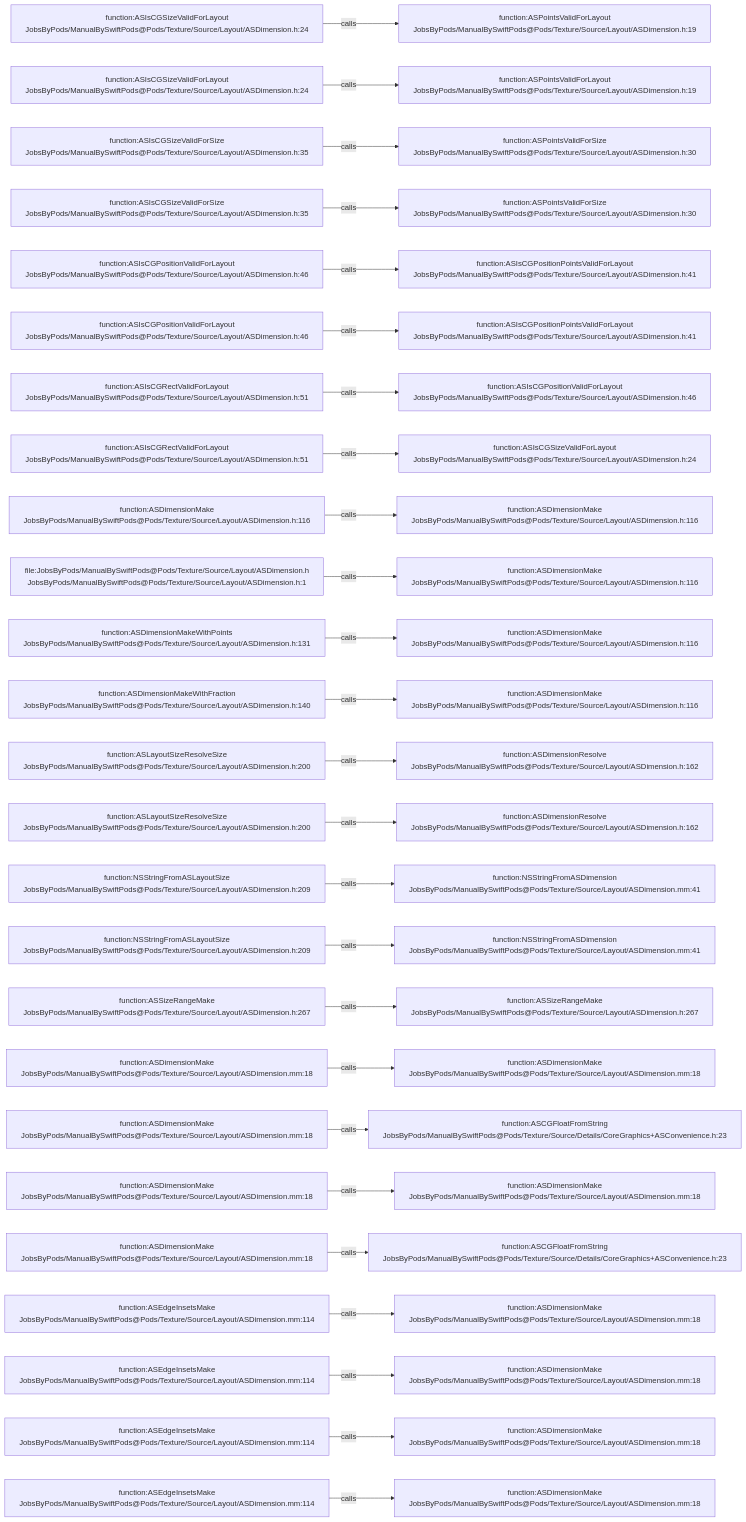
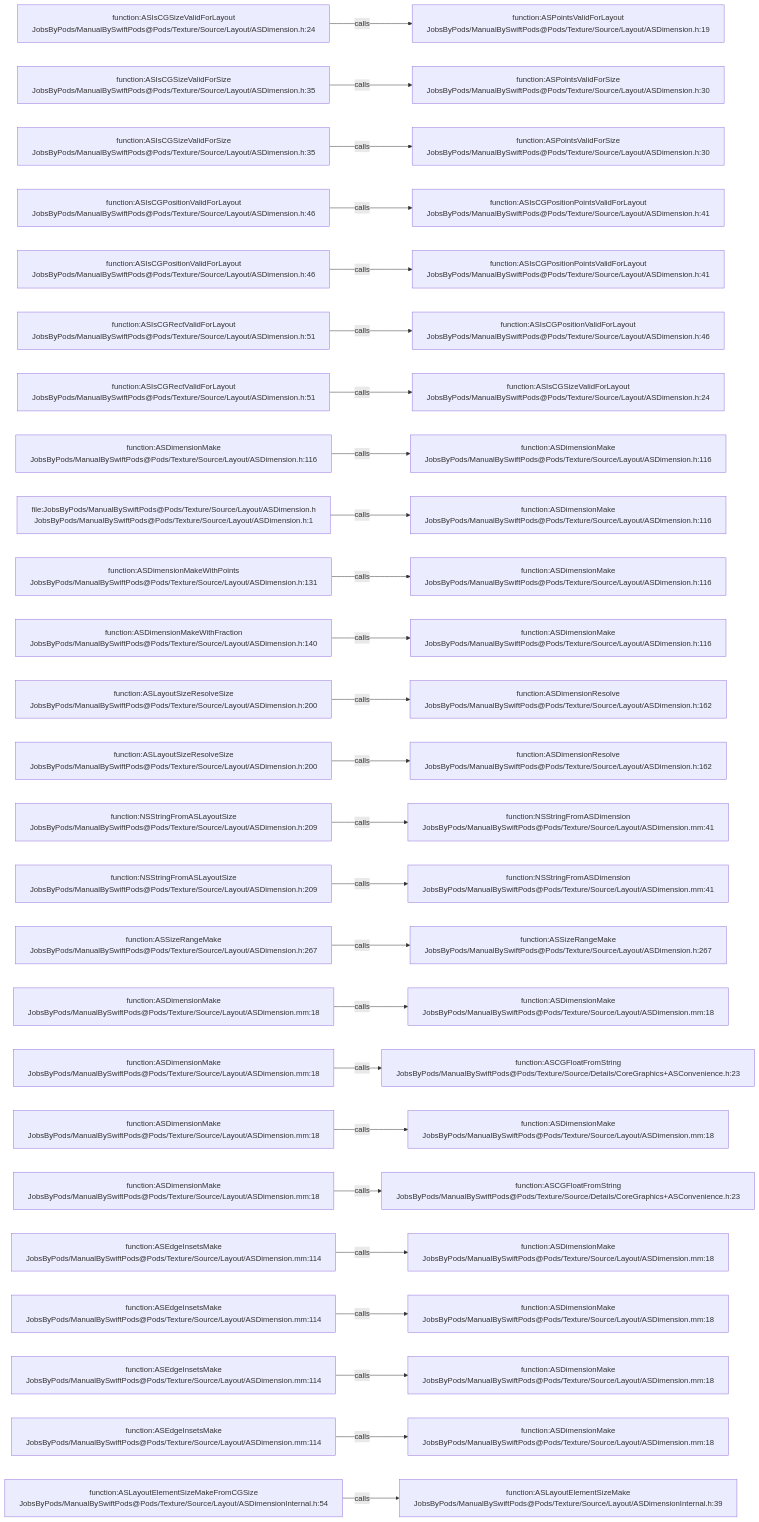
One commit to JobsKits/JobsSwiftBaseConfigDemo changed the diagram in .codegraph/codegraph.md/graphs/calls-106.md. Above: the diagram before and after it, drawn with Mermaid. The commit also changed 747 other files, not shown here.

````diff
--- a/.codegraph/codegraph.md/graphs/calls-106.md
+++ b/.codegraph/codegraph.md/graphs/calls-106.md
@@ -13,78 +13,78 @@
 ```mermaid
 flowchart LR
   S1["function:ASIsCGSizeValidForLayout<br/>JobsByPods/ManualBySwiftPods@Pods/Texture/Source/Layout/ASDimension.h:24"]
   T1["function:ASPointsValidForLayout<br/>JobsByPods/ManualBySwiftPods@Pods/Texture/Source/Layout/ASDimension.h:19"]
   S1 -->|calls| T1
-  S2["function:ASIsCGSizeValidForLayout<br/>JobsByPods/ManualBySwiftPods@Pods/Texture/Source/Layout/ASDimension.h:24"]
-  T2["function:ASPointsValidForLayout<br/>JobsByPods/ManualBySwiftPods@Pods/Texture/Source/Layout/ASDimension.h:19"]
+  S2["function:ASIsCGSizeValidForSize<br/>JobsByPods/ManualBySwiftPods@Pods/Texture/Source/Layout/ASDimension.h:35"]
+  T2["function:ASPointsValidForSize<br/>JobsByPods/ManualBySwiftPods@Pods/Texture/Source/Layout/ASDimension.h:30"]
   S2 -->|calls| T2
   S3["function:ASIsCGSizeValidForSize<br/>JobsByPods/ManualBySwiftPods@Pods/Texture/Source/Layout/ASDimension.h:35"]
   T3["function:ASPointsValidForSize<br/>JobsByPods/ManualBySwiftPods@Pods/Texture/Source/Layout/ASDimension.h:30"]
   S3 -->|calls| T3
-  S4["function:ASIsCGSizeValidForSize<br/>JobsByPods/ManualBySwiftPods@Pods/Texture/Source/Layout/ASDimension.h:35"]
-  T4["function:ASPointsValidForSize<br/>JobsByPods/ManualBySwiftPods@Pods/Texture/Source/Layout/ASDimension.h:30"]
+  S4["function:ASIsCGPositionValidForLayout<br/>JobsByPods/ManualBySwiftPods@Pods/Texture/Source/Layout/ASDimension.h:46"]
+  T4["function:ASIsCGPositionPointsValidForLayout<br/>JobsByPods/ManualBySwiftPods@Pods/Texture/Source/Layout/ASDimension.h:41"]
   S4 -->|calls| T4
   S5["function:ASIsCGPositionValidForLayout<br/>JobsByPods/ManualBySwiftPods@Pods/Texture/Source/Layout/ASDimension.h:46"]
   T5["function:ASIsCGPositionPointsValidForLayout<br/>JobsByPods/ManualBySwiftPods@Pods/Texture/Source/Layout/ASDimension.h:41"]
   S5 -->|calls| T5
-  S6["function:ASIsCGPositionValidForLayout<br/>JobsByPods/ManualBySwiftPods@Pods/Texture/Source/Layout/ASDimension.h:46"]
-  T6["function:ASIsCGPositionPointsValidForLayout<br/>JobsByPods/ManualBySwiftPods@Pods/Texture/Source/Layout/ASDimension.h:41"]
+  S6["function:ASIsCGRectValidForLayout<br/>JobsByPods/ManualBySwiftPods@Pods/Texture/Source/Layout/ASDimension.h:51"]
+  T6["function:ASIsCGPositionValidForLayout<br/>JobsByPods/ManualBySwiftPods@Pods/Texture/Source/Layout/ASDimension.h:46"]
   S6 -->|calls| T6
   S7["function:ASIsCGRectValidForLayout<br/>JobsByPods/ManualBySwiftPods@Pods/Texture/Source/Layout/ASDimension.h:51"]
-  T7["function:ASIsCGPositionValidForLayout<br/>JobsByPods/ManualBySwiftPods@Pods/Texture/Source/Layout/ASDimension.h:46"]
+  T7["function:ASIsCGSizeValidForLayout<br/>JobsByPods/ManualBySwiftPods@Pods/Texture/Source/Layout/ASDimension.h:24"]
   S7 -->|calls| T7
-  S8["function:ASIsCGRectValidForLayout<br/>JobsByPods/ManualBySwiftPods@Pods/Texture/Source/Layout/ASDimension.h:51"]
-  T8["function:ASIsCGSizeValidForLayout<br/>JobsByPods/ManualBySwiftPods@Pods/Texture/Source/Layout/ASDimension.h:24"]
+  S8["function:ASDimensionMake<br/>JobsByPods/ManualBySwiftPods@Pods/Texture/Source/Layout/ASDimension.h:116"]
+  T8["function:ASDimensionMake<br/>JobsByPods/ManualBySwiftPods@Pods/Texture/Source/Layout/ASDimension.h:116"]
   S8 -->|calls| T8
-  S9["function:ASDimensionMake<br/>JobsByPods/ManualBySwiftPods@Pods/Texture/Source/Layout/ASDimension.h:116"]
+  S9["file:JobsByPods/ManualBySwiftPods@Pods/Texture/Source/Layout/ASDimension.h<br/>JobsByPods/ManualBySwiftPods@Pods/Texture/Source/Layout/ASDimension.h:1"]
   T9["function:ASDimensionMake<br/>JobsByPods/ManualBySwiftPods@Pods/Texture/Source/Layout/ASDimension.h:116"]
   S9 -->|calls| T9
-  S10["file:JobsByPods/ManualBySwiftPods@Pods/Texture/Source/Layout/ASDimension.h<br/>JobsByPods/ManualBySwiftPods@Pods/Texture/Source/Layout/ASDimension.h:1"]
+  S10["function:ASDimensionMakeWithPoints<br/>JobsByPods/ManualBySwiftPods@Pods/Texture/Source/Layout/ASDimension.h:131"]
   T10["function:ASDimensionMake<br/>JobsByPods/ManualBySwiftPods@Pods/Texture/Source/Layout/ASDimension.h:116"]
   S10 -->|calls| T10
-  S11["function:ASDimensionMakeWithPoints<br/>JobsByPods/ManualBySwiftPods@Pods/Texture/Source/Layout/ASDimension.h:131"]
+  S11["function:ASDimensionMakeWithFraction<br/>JobsByPods/ManualBySwiftPods@Pods/Texture/Source/Layout/ASDimension.h:140"]
   T11["function:ASDimensionMake<br/>JobsByPods/ManualBySwiftPods@Pods/Texture/Source/Layout/ASDimension.h:116"]
   S11 -->|calls| T11
-  S12["function:ASDimensionMakeWithFraction<br/>JobsByPods/ManualBySwiftPods@Pods/Texture/Source/Layout/ASDimension.h:140"]
-  T12["function:ASDimensionMake<br/>JobsByPods/ManualBySwiftPods@Pods/Texture/Source/Layout/ASDimension.h:116"]
+  S12["function:ASLayoutSizeResolveSize<br/>JobsByPods/ManualBySwiftPods@Pods/Texture/Source/Layout/ASDimension.h:200"]
+  T12["function:ASDimensionResolve<br/>JobsByPods/ManualBySwiftPods@Pods/Texture/Source/Layout/ASDimension.h:162"]
   S12 -->|calls| T12
   S13["function:ASLayoutSizeResolveSize<br/>JobsByPods/ManualBySwiftPods@Pods/Texture/Source/Layout/ASDimension.h:200"]
   T13["function:ASDimensionResolve<br/>JobsByPods/ManualBySwiftPods@Pods/Texture/Source/Layout/ASDimension.h:162"]
   S13 -->|calls| T13
-  S14["function:ASLayoutSizeResolveSize<br/>JobsByPods/ManualBySwiftPods@Pods/Texture/Source/Layout/ASDimension.h:200"]
-  T14["function:ASDimensionResolve<br/>JobsByPods/ManualBySwiftPods@Pods/Texture/Source/Layout/ASDimension.h:162"]
+  S14["function:NSStringFromASLayoutSize<br/>JobsByPods/ManualBySwiftPods@Pods/Texture/Source/Layout/ASDimension.h:209"]
+  T14["function:NSStringFromASDimension<br/>JobsByPods/ManualBySwiftPods@Pods/Texture/Source/Layout/ASDimension.mm:41"]
   S14 -->|calls| T14
   S15["function:NSStringFromASLayoutSize<br/>JobsByPods/ManualBySwiftPods@Pods/Texture/Source/Layout/ASDimension.h:209"]
   T15["function:NSStringFromASDimension<br/>JobsByPods/ManualBySwiftPods@Pods/Texture/Source/Layout/ASDimension.mm:41"]
   S15 -->|calls| T15
-  S16["function:NSStringFromASLayoutSize<br/>JobsByPods/ManualBySwiftPods@Pods/Texture/Source/Layout/ASDimension.h:209"]
-  T16["function:NSStringFromASDimension<br/>JobsByPods/ManualBySwiftPods@Pods/Texture/Source/Layout/ASDimension.mm:41"]
+  S16["function:ASSizeRangeMake<br/>JobsByPods/ManualBySwiftPods@Pods/Texture/Source/Layout/ASDimension.h:267"]
+  T16["function:ASSizeRangeMake<br/>JobsByPods/ManualBySwiftPods@Pods/Texture/Source/Layout/ASDimension.h:267"]
   S16 -->|calls| T16
-  S17["function:ASSizeRangeMake<br/>JobsByPods/ManualBySwiftPods@Pods/Texture/Source/Layout/ASDimension.h:267"]
-  T17["function:ASSizeRangeMake<br/>JobsByPods/ManualBySwiftPods@Pods/Texture/Source/Layout/ASDimension.h:267"]
+  S17["function:ASDimensionMake<br/>JobsByPods/ManualBySwiftPods@Pods/Texture/Source/Layout/ASDimension.mm:18"]
+  T17["function:ASDimensionMake<br/>JobsByPods/ManualBySwiftPods@Pods/Texture/Source/Layout/ASDimension.mm:18"]
   S17 -->|calls| T17
   S18["function:ASDimensionMake<br/>JobsByPods/ManualBySwiftPods@Pods/Texture/Source/Layout/ASDimension.mm:18"]
-  T18["function:ASDimensionMake<br/>JobsByPods/ManualBySwiftPods@Pods/Texture/Source/Layout/ASDimension.mm:18"]
+  T18["function:ASCGFloatFromString<br/>JobsByPods/ManualBySwiftPods@Pods/Texture/Source/Details/CoreGraphics+ASConvenience.h:23"]
   S18 -->|calls| T18
   S19["function:ASDimensionMake<br/>JobsByPods/ManualBySwiftPods@Pods/Texture/Source/Layout/ASDimension.mm:18"]
-  T19["function:ASCGFloatFromString<br/>JobsByPods/ManualBySwiftPods@Pods/Texture/Source/Details/CoreGraphics+ASConvenience.h:23"]
+  T19["function:ASDimensionMake<br/>JobsByPods/ManualBySwiftPods@Pods/Texture/Source/Layout/ASDimension.mm:18"]
   S19 -->|calls| T19
   S20["function:ASDimensionMake<br/>JobsByPods/ManualBySwiftPods@Pods/Texture/Source/Layout/ASDimension.mm:18"]
-  T20["function:ASDimensionMake<br/>JobsByPods/ManualBySwiftPods@Pods/Texture/Source/Layout/ASDimension.mm:18"]
+  T20["function:ASCGFloatFromString<br/>JobsByPods/ManualBySwiftPods@Pods/Texture/Source/Details/CoreGraphics+ASConvenience.h:23"]
   S20 -->|calls| T20
-  S21["function:ASDimensionMake<br/>JobsByPods/ManualBySwiftPods@Pods/Texture/Source/Layout/ASDimension.mm:18"]
-  T21["function:ASCGFloatFromString<br/>JobsByPods/ManualBySwiftPods@Pods/Texture/Source/Details/CoreGraphics+ASConvenience.h:23"]
+  S21["function:ASEdgeInsetsMake<br/>JobsByPods/ManualBySwiftPods@Pods/Texture/Source/Layout/ASDimension.mm:114"]
+  T21["function:ASDimensionMake<br/>JobsByPods/ManualBySwiftPods@Pods/Texture/Source/Layout/ASDimension.mm:18"]
   S21 -->|calls| T21
   S22["function:ASEdgeInsetsMake<br/>JobsByPods/ManualBySwiftPods@Pods/Texture/Source/Layout/ASDimension.mm:114"]
   T22["function:ASDimensionMake<br/>JobsByPods/ManualBySwiftPods@Pods/Texture/Source/Layout/ASDimension.mm:18"]
   S22 -->|calls| T22
   S23["function:ASEdgeInsetsMake<br/>JobsByPods/ManualBySwiftPods@Pods/Texture/Source/Layout/ASDimension.mm:114"]
   T23["function:ASDimensionMake<br/>JobsByPods/ManualBySwiftPods@Pods/Texture/Source/Layout/ASDimension.mm:18"]
   S23 -->|calls| T23
   S24["function:ASEdgeInsetsMake<br/>JobsByPods/ManualBySwiftPods@Pods/Texture/Source/Layout/ASDimension.mm:114"]
   T24["function:ASDimensionMake<br/>JobsByPods/ManualBySwiftPods@Pods/Texture/Source/Layout/ASDimension.mm:18"]
   S24 -->|calls| T24
-  S25["function:ASEdgeInsetsMake<br/>JobsByPods/ManualBySwiftPods@Pods/Texture/Source/Layout/ASDimension.mm:114"]
-  T25["function:ASDimensionMake<br/>JobsByPods/ManualBySwiftPods@Pods/Texture/Source/Layout/ASDimension.mm:18"]
+  S25["function:ASLayoutElementSizeMakeFromCGSize<br/>JobsByPods/ManualBySwiftPods@Pods/Texture/Source/Layout/ASDimensionInternal.h:54"]
+  T25["function:ASLayoutElementSizeMake<br/>JobsByPods/ManualBySwiftPods@Pods/Texture/Source/Layout/ASDimensionInternal.h:39"]
   S25 -->|calls| T25
 ```
````
